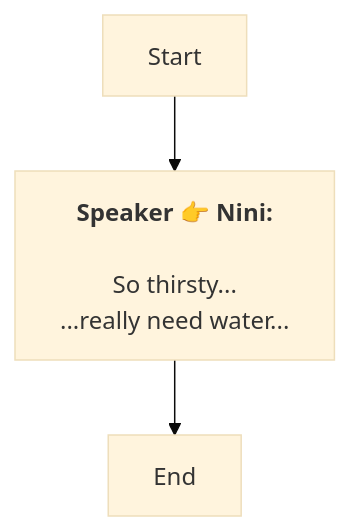
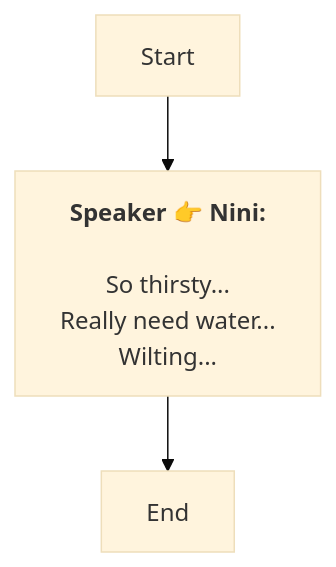
One commit to SoftHu/tos_avg changed the diagram in En/AddDialogNode_1736073415478400.md. Above: the diagram before and after it, drawn with Mermaid (base theme). The commit also changed 312 other files, not shown here.

````diff
--- a/En/AddDialogNode_1736073415478400.md
+++ b/En/AddDialogNode_1736073415478400.md
@@ -1,9 +1,10 @@
 ```mermaid
 graph
 Start -->1738905237015706[<b>Speaker 👉 Nini:</b>
 
 So thirsty... 
-...really need water...]
+Really need water...  
+Wilting...]
 1738905237015706 -->1738905233534105[End]
 
  ```
````
